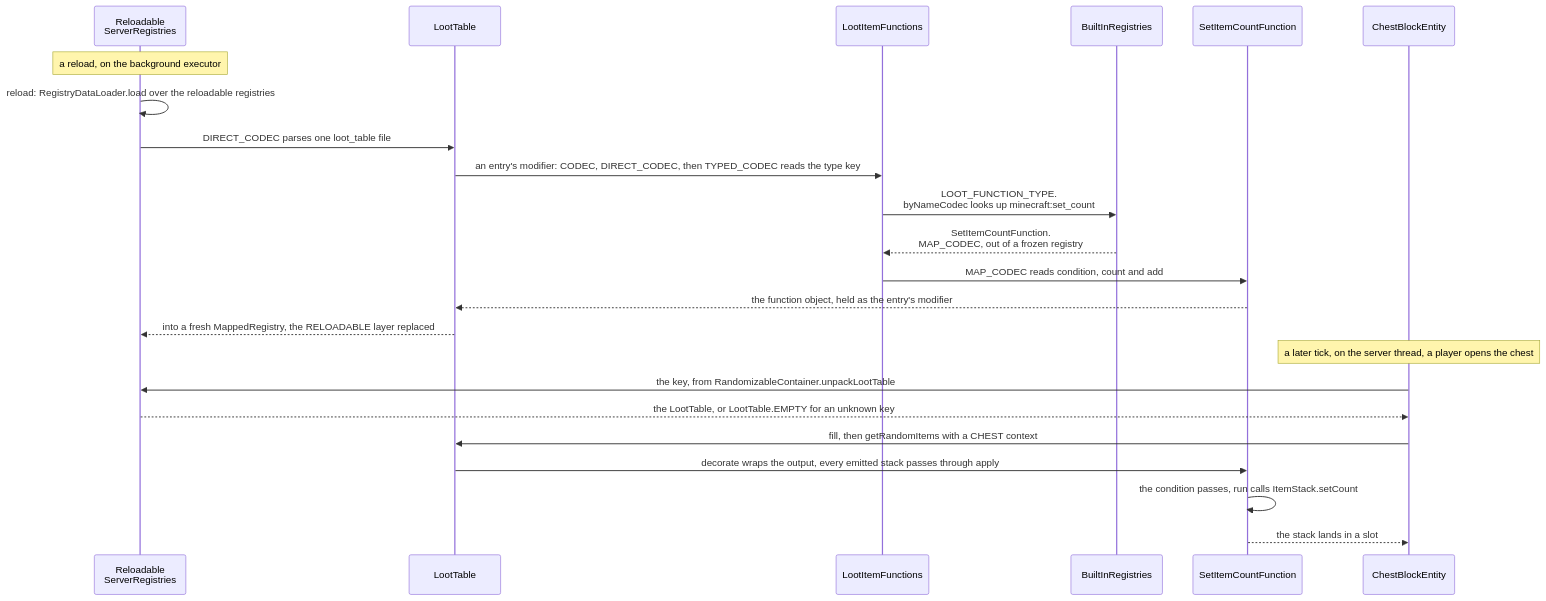
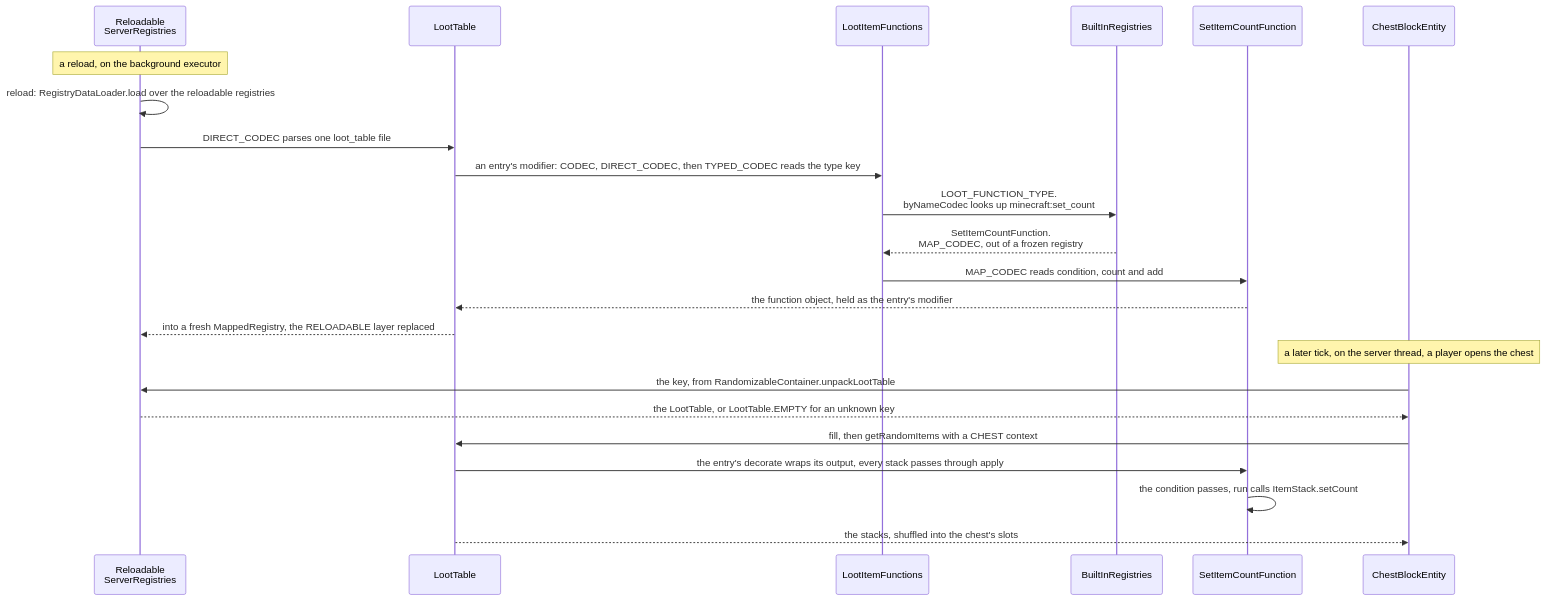
The second of 2 diagrams in src/systems/foundations/data-driven-types.md (AlexanderjFraser/MinecraftDocs), drawn with Mermaid before and after one commit. The commit also changed other lines of this file and 31 other files, not shown here.

````diff
--- a/src/systems/foundations/data-driven-types.md
+++ b/src/systems/foundations/data-driven-types.md
@@ -213,26 +214,26 @@
 ```mermaid
 sequenceDiagram
     participant RSReg as Reloadable<br/>ServerRegistries
     participant LT as LootTable
     participant LIF as LootItemFunctions
     participant BIR as BuiltInRegistries
     participant SICF as SetItemCountFunction
     participant CBE as ChestBlockEntity
 
     Note over RSReg: a reload, on the background executor
     RSReg->>RSReg: reload: RegistryDataLoader.load over the reloadable registries
     RSReg->>LT: DIRECT_CODEC parses one loot_table file
     LT->>LIF: an entry's modifier: CODEC, DIRECT_CODEC, then TYPED_CODEC reads the type key
     LIF->>BIR: LOOT_FUNCTION_TYPE.<br/>byNameCodec looks up minecraft:set_count
     BIR-->>LIF: SetItemCountFunction.<br/>MAP_CODEC, out of a frozen registry
     LIF->>SICF: MAP_CODEC reads condition, count and add
     SICF-->>LT: the function object, held as the entry's modifier
     LT-->>RSReg: into a fresh MappedRegistry, the RELOADABLE layer replaced
     Note over CBE: a later tick, on the server thread, a player opens the chest
     CBE->>RSReg: the key, from RandomizableContainer.unpackLootTable
     RSReg-->>CBE: the LootTable, or LootTable.EMPTY for an unknown key
     CBE->>LT: fill, then getRandomItems with a CHEST context
-    LT->>SICF: decorate wraps the output, every emitted stack passes through apply
+    LT->>SICF: the entry's decorate wraps its output, every stack passes through apply
     SICF->>SICF: the condition passes, run calls ItemStack.setCount
-    SICF-->>CBE: the stack lands in a slot
+    LT-->>CBE: the stacks, shuffled into the chest's slots
 ```
````
